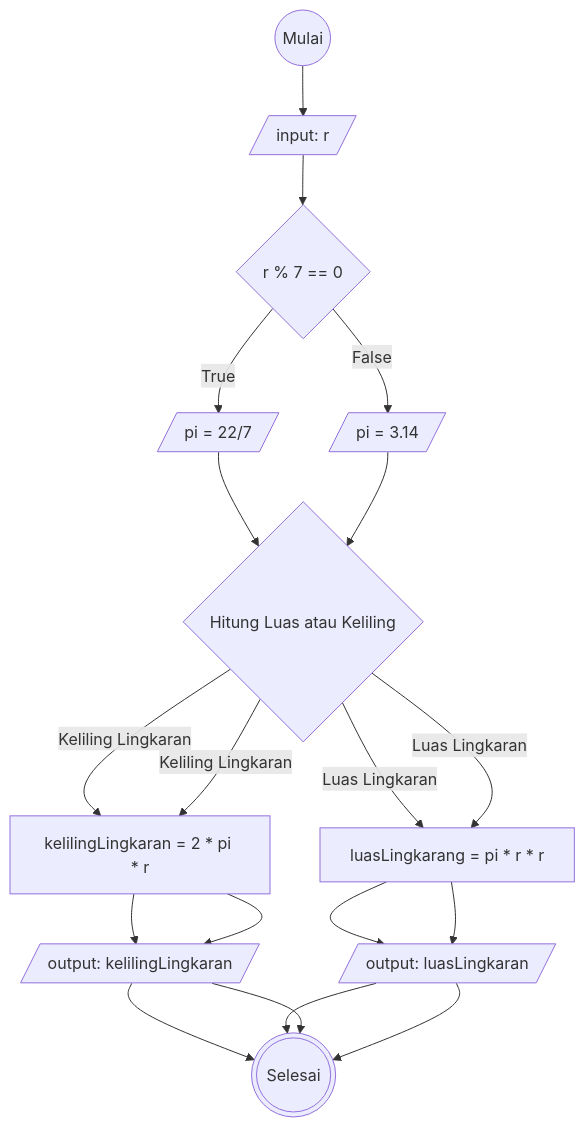
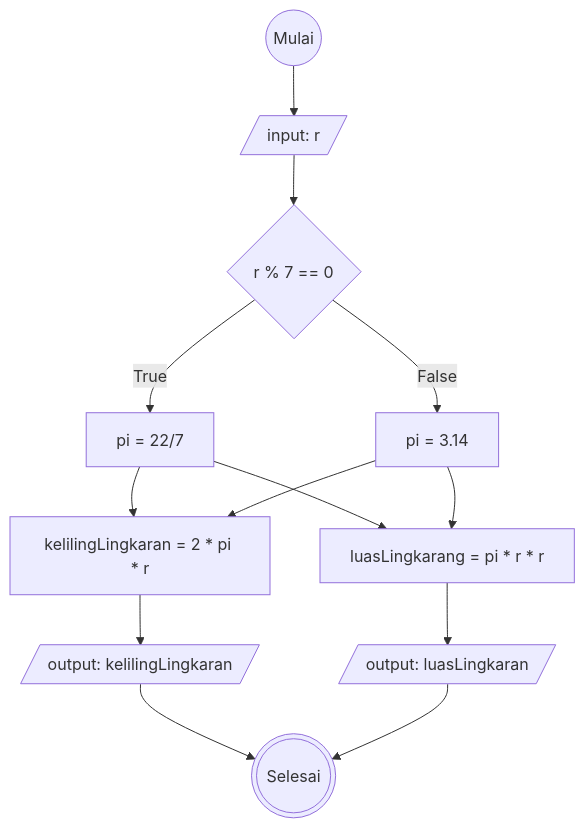
Before and after one commit to Arif14377/koda-b6-algoritma: the diagram in flowchart-luas-keliling-lingkaran.md, drawn with Mermaid.

````diff
--- a/flowchart-luas-keliling-lingkaran.md
+++ b/flowchart-luas-keliling-lingkaran.md
@@ -1,33 +1,28 @@
 ```mermaid
 flowchart TD
 start@{shape: circle, label: "Mulai"}
 inputJari@{ shape: lean-r, label: "input: r"}
 decisionPi@{ shape: diamond, label: "r % 7 == 0" }
-decisionHitung@{ shape: diamond, label: "Hitung Luas atau Keliling" }
-oPiTrue@{ shape: lean-r, label: "pi = 22/7"}
-oPiFalse@{ shape: lean-r, label: "pi = 3.14"}
+oPiTrue@{ shape: rect, label: "pi = 22/7"}
+oPiFalse@{ shape: rect, label: "pi = 3.14"}
 luasLingkaran@{ shape: rect, label: "luasLingkarang = pi * r * r" }
 kelilingLingkaran@{ shape: rect, label: "kelilingLingkaran = 2 * pi * r" }
 outKeliling@{ shape: lean-r, label: "output: kelilingLingkaran"}
 outLuas@{ shape: lean-r, label: "output: luasLingkaran"}
 stop@{shape: dbl-circ, label: "Selesai"}
 
 start-->inputJari
 inputJari-->decisionPi
 decisionPi--True-->oPiTrue
 decisionPi--False-->oPiFalse
-oPiTrue-->decisionHitung
-decisionHitung--Luas Lingkaran-->luasLingkaran
-decisionHitung--Keliling Lingkaran-->kelilingLingkaran
+oPiTrue-->luasLingkaran
+oPiTrue-->kelilingLingkaran
 kelilingLingkaran-->outKeliling
-outKeliling-->stop
-luasLingkaran-->outLuas
-outLuas-->stop
-oPiFalse-->decisionHitung
-decisionHitung--Luas Lingkaran-->luasLingkaran
-decisionHitung--Keliling Lingkaran-->kelilingLingkaran
-kelilingLingkaran-->outKeliling
+
+oPiFalse-->luasLingkaran
+oPiFalse-->kelilingLingkaran
+
 outKeliling-->stop
 luasLingkaran-->outLuas
 outLuas-->stop
 ```
````
